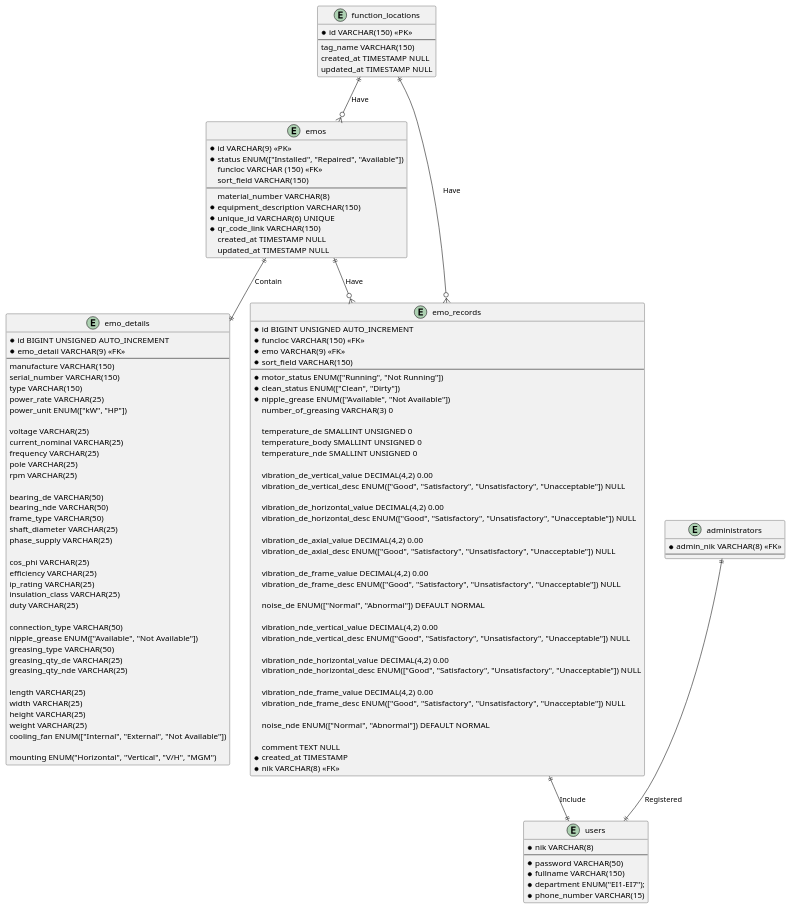
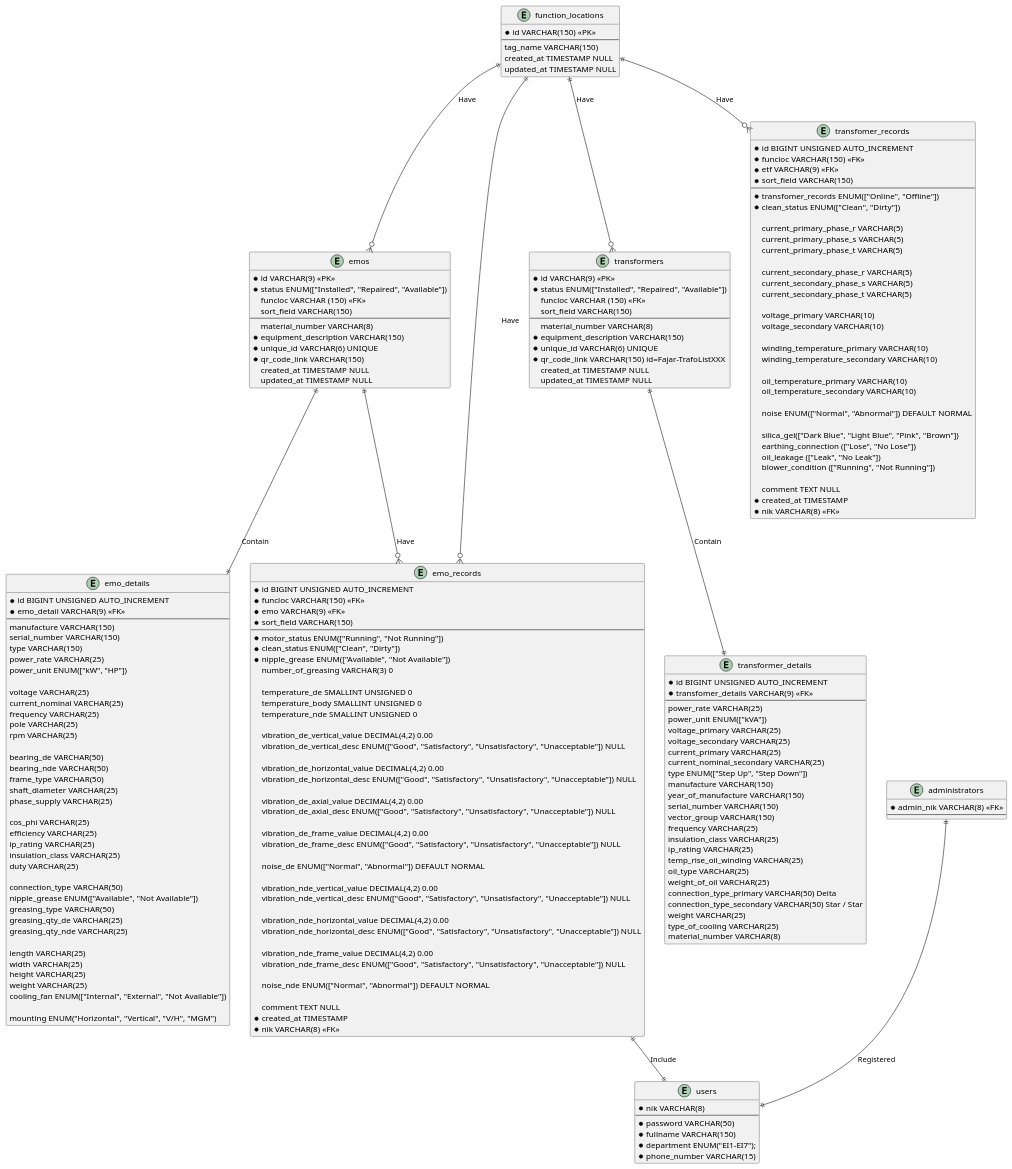
One commit to doniduaasattuu/fajar-e-maintenance changed the diagram in database/fajar_e_maintenance.puml. Above: the diagram before and after it, drawn with PlantUML. The commit also changed 1 other file, not shown here.

Commit message:
create database for transformers

```diff
--- a/database/fajar_e_maintenance.puml
+++ b/database/fajar_e_maintenance.puml
@@ -125,6 +125,86 @@
     * admin_nik VARCHAR(8) <<FK>>
     --
 }
+
+entity transformers {
+    * id VARCHAR(9) <<PK>>
+    * status ENUM(["Installed", "Repaired", "Available"])
+      funcloc VARCHAR (150) <<FK>>
+      sort_field VARCHAR(150)
+    --
+      material_number VARCHAR(8)
+    * equipment_description VARCHAR(150)
+    * unique_id VARCHAR(6) UNIQUE
+    * qr_code_link VARCHAR(150) id=Fajar-TrafoListXXX
+      created_at TIMESTAMP NULL
+      updated_at TIMESTAMP NULL
+}
+
+entity transformer_details {
+    * id BIGINT UNSIGNED AUTO_INCREMENT
+    * transfomer_details VARCHAR(9) <<FK>>
+    --
+    power_rate VARCHAR(25)
+    power_unit ENUM(["kVA"])
+    voltage_primary VARCHAR(25)
+    voltage_secondary VARCHAR(25)
+    current_primary VARCHAR(25)
+    current_nominal_secondary VARCHAR(25)
+    type ENUM(["Step Up", "Step Down"])
+    manufacture VARCHAR(150)
+    year_of_manufacture VARCHAR(150)
+    serial_number VARCHAR(150)
+    vector_group VARCHAR(150)
+    frequency VARCHAR(25)
+    insulation_class VARCHAR(25)
+    ip_rating VARCHAR(25)
+    temp_rise_oil_winding VARCHAR(25)
+    oil_type VARCHAR(25)
+    weight_of_oil VARCHAR(25)
+    connection_type_primary VARCHAR(50) Delta 
+    connection_type_secondary VARCHAR(50) Star / Star
+    weight VARCHAR(25)
+    type_of_cooling VARCHAR(25)
+    material_number VARCHAR(8)
+}
+
+entity transfomer_records {
+    * id BIGINT UNSIGNED AUTO_INCREMENT
+    * funcloc VARCHAR(150) <<FK>>
+    * etf VARCHAR(9) <<FK>>
+    * sort_field VARCHAR(150)
+    --
+    * transfomer_records ENUM(["Online", "Offline"])
+    * clean_status ENUM(["Clean", "Dirty"])
+
+      current_primary_phase_r VARCHAR(5)
+      current_primary_phase_s VARCHAR(5)
+      current_primary_phase_t VARCHAR(5)
+      
+      current_secondary_phase_r VARCHAR(5)
+      current_secondary_phase_s VARCHAR(5)
+      current_secondary_phase_t VARCHAR(5)
+
+      voltage_primary VARCHAR(10)
+      voltage_secondary VARCHAR(10)
+
+      winding_temperature_primary VARCHAR(10)
+      winding_temperature_secondary VARCHAR(10)
+
+      oil_temperature_primary VARCHAR(10)
+      oil_temperature_secondary VARCHAR(10)
+     
+      noise ENUM(["Normal", "Abnormal"]) DEFAULT NORMAL
+
+      silica_gel(["Dark Blue", "Light Blue", "Pink", "Brown"])
+      earthing_connection (["Lose", "No Lose"])
+      oil_leakage (["Leak", "No Leak"])
+      blower_condition (["Running", "Not Running"])
+
+      comment TEXT NULL
+    * created_at TIMESTAMP
+    * nik VARCHAR(8) <<FK>>
+}
  
 function_locations ||--o{ emos : Have
 function_locations ||--o{ emo_records : Have
@@ -133,5 +213,9 @@
 emo_records ||--|| users : Include
 administrators ||--|| users : Registered
 
+function_locations ||--o{ transfomer_records : Have
+function_locations ||--o{ transformers : Have
+transformers ||--|| transformer_details : Contain
+
 
 @enduml
```
